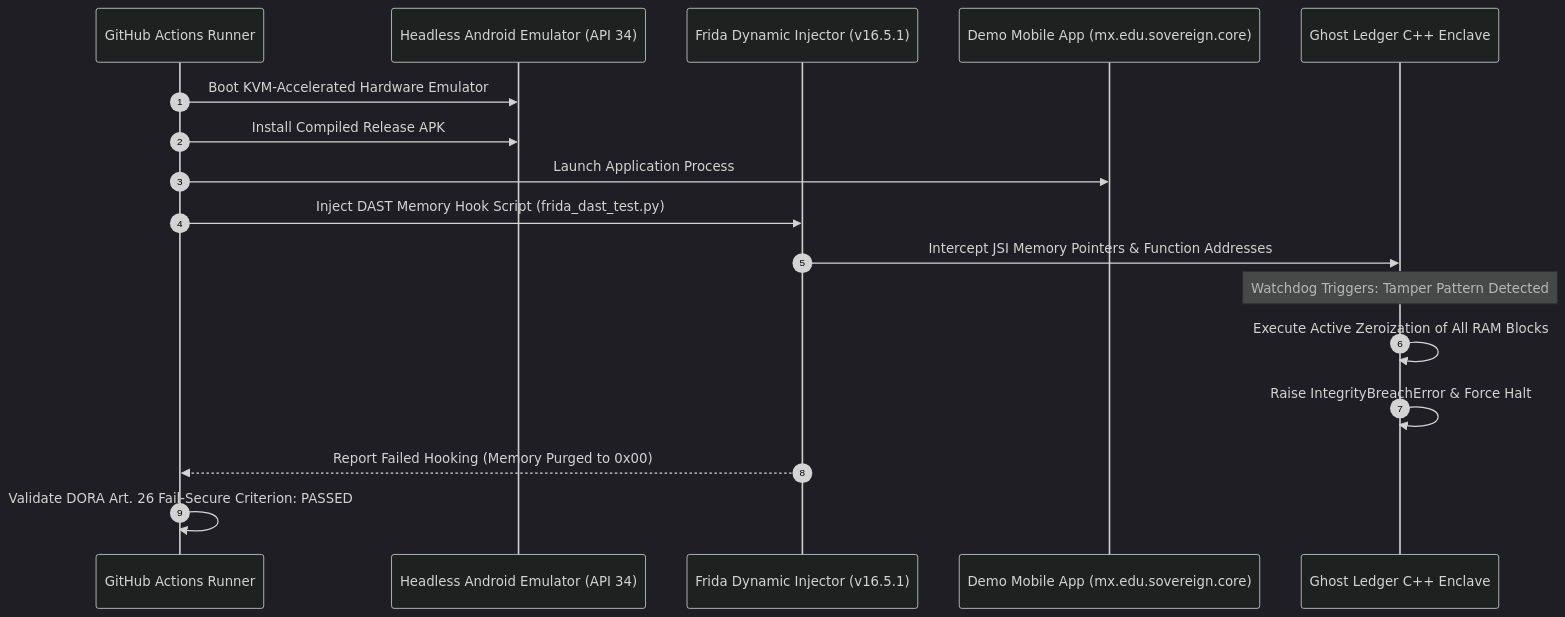
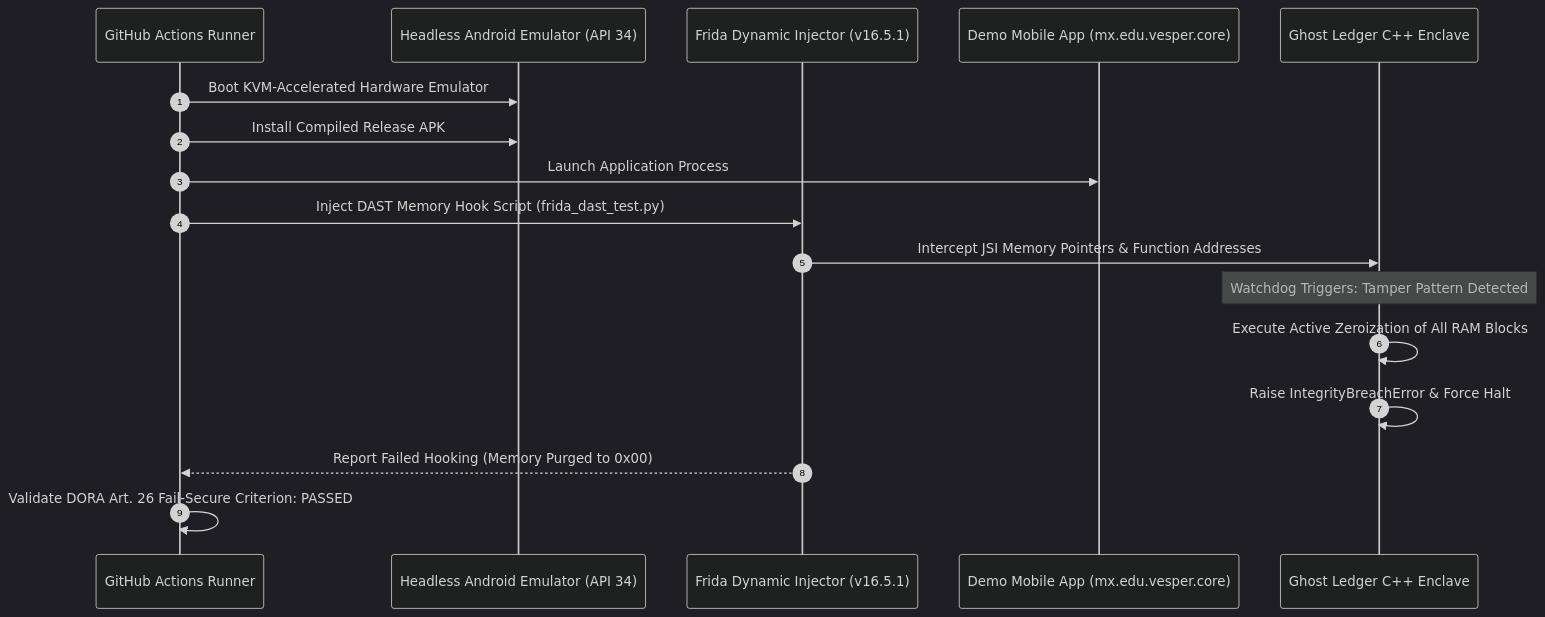
The second of 2 diagrams in docs/compliance/dora_operational_resilience.md (ChristianPastenC/vesper-platform), drawn with Mermaid (dark theme) before and after one commit. The commit also changed other lines of this file and 267 other files, not shown here.

````diff
--- a/docs/compliance/dora_operational_resilience.md
+++ b/docs/compliance/dora_operational_resilience.md
@@ -172,20 +172,20 @@
 ```mermaid
 sequenceDiagram
     autonumber
     participant CI as GitHub Actions Runner
     participant KVM as Headless Android Emulator (API 34)
     participant Frida as Frida Dynamic Injector (v16.5.1)
-    participant App as Demo Mobile App (mx.edu.sovereign.core)
+    participant App as Demo Mobile App (mx.edu.vesper.core)
     participant Core as Ghost Ledger C++ Enclave
 
     CI->>KVM: Boot KVM-Accelerated Hardware Emulator
     CI->>KVM: Install Compiled Release APK
     CI->>App: Launch Application Process
     CI->>Frida: Inject DAST Memory Hook Script (frida_dast_test.py)
     Frida->>Core: Intercept JSI Memory Pointers & Function Addresses
     Note over Core: Watchdog Triggers: Tamper Pattern Detected
     Core->>Core: Execute Active Zeroization of All RAM Blocks
     Core->>Core: Raise IntegrityBreachError & Force Halt
     Frida-->>CI: Report Failed Hooking (Memory Purged to 0x00)
     CI->>CI: Validate DORA Art. 26 Fail-Secure Criterion: PASSED
 ```
````
